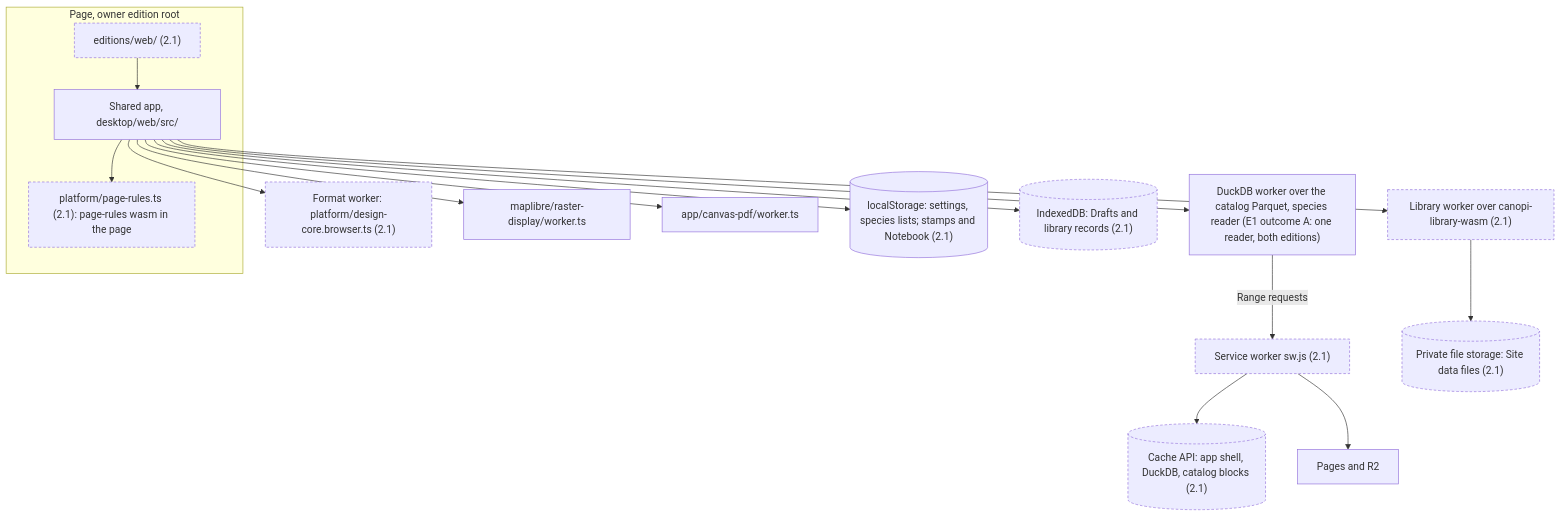
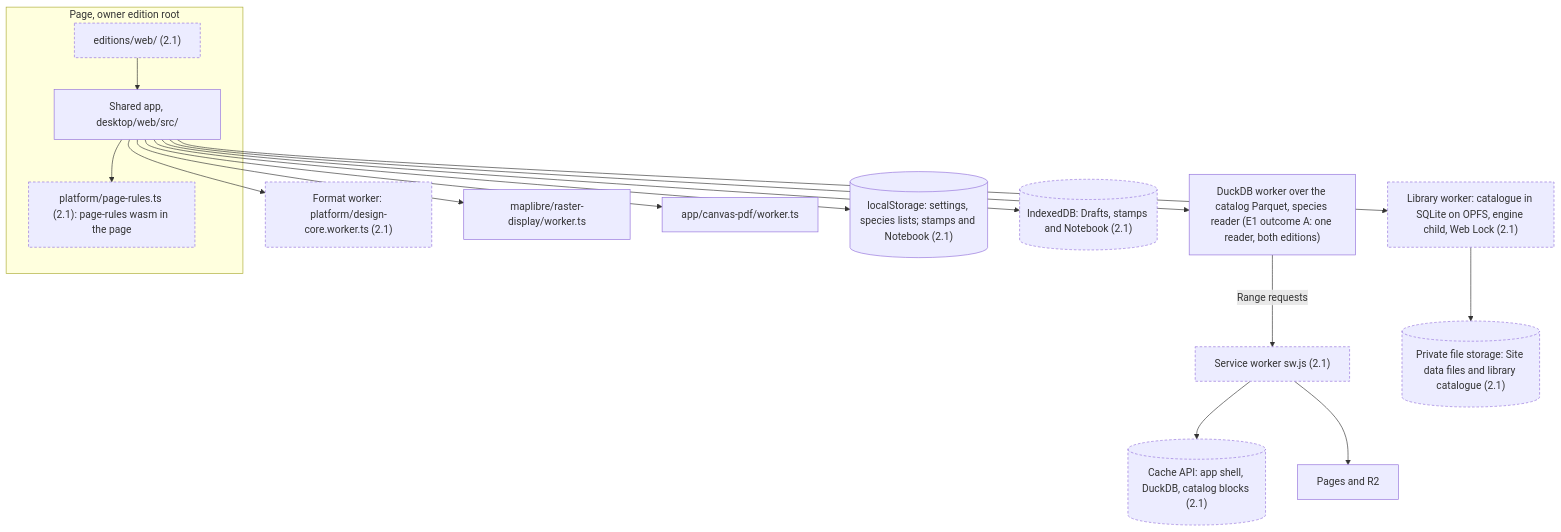
Before and after one commit to opencanopi/canopi: the third of 8 diagrams in docs/architecture/components.md, drawn with Mermaid. The commit also changed other lines of this file and 27 other files, not shown here.

Commit message:
docs: state the prototype outcomes in the architecture model and link it from AGENTS.md

````diff
--- a/docs/architecture/components.md
+++ b/docs/architecture/components.md
@@ -101,33 +103,33 @@
 ```mermaid
 flowchart TB
   classDef target stroke-dasharray: 4 3
   subgraph page["Page, owner edition root"]
     root["editions/web/ (2.1)"]:::target
     app["Shared app, desktop/web/src/"]
     st["platform/page-rules.ts (2.1): page-rules wasm in the page"]:::target
   end
-  fw["Format worker: platform/design-core.browser.ts (2.1)"]:::target
-  lw["Library worker over canopi-library-wasm (2.1)"]:::target
+  fw["Format worker: platform/design-core.worker.ts (2.1)"]:::target
+  lw["Library worker: catalogue in SQLite on OPFS, engine child, Web Lock (2.1)"]:::target
   dw["DuckDB worker over the catalog Parquet, species reader (E1 outcome A: one reader, both editions)"]
   rw["maplibre/raster-display/worker.ts"]
   pw["app/canvas-pdf/worker.ts"]
   sw["Service worker sw.js (2.1)"]:::target
   ls[("localStorage: settings, species lists; stamps and Notebook (2.1)")]
-  idb[("IndexedDB: Drafts and library records (2.1)")]:::target
-  opfs[("Private file storage: Site data files (2.1)")]:::target
+  idb[("IndexedDB: Drafts, stamps and Notebook (2.1)")]:::target
+  opfs[("Private file storage: Site data files and library catalogue (2.1)")]:::target
   caches[("Cache API: app shell, DuckDB, catalog blocks (2.1)")]:::target
   host["Pages and R2"]
   root --> app
   app --> st
   app --> fw
   app --> lw
   app --> dw
   app --> rw
   app --> pw
   app --> ls
   app --> idb
   lw --> opfs
   dw -->|"Range requests"| sw
   sw --> caches
   sw --> host
 ```
````
